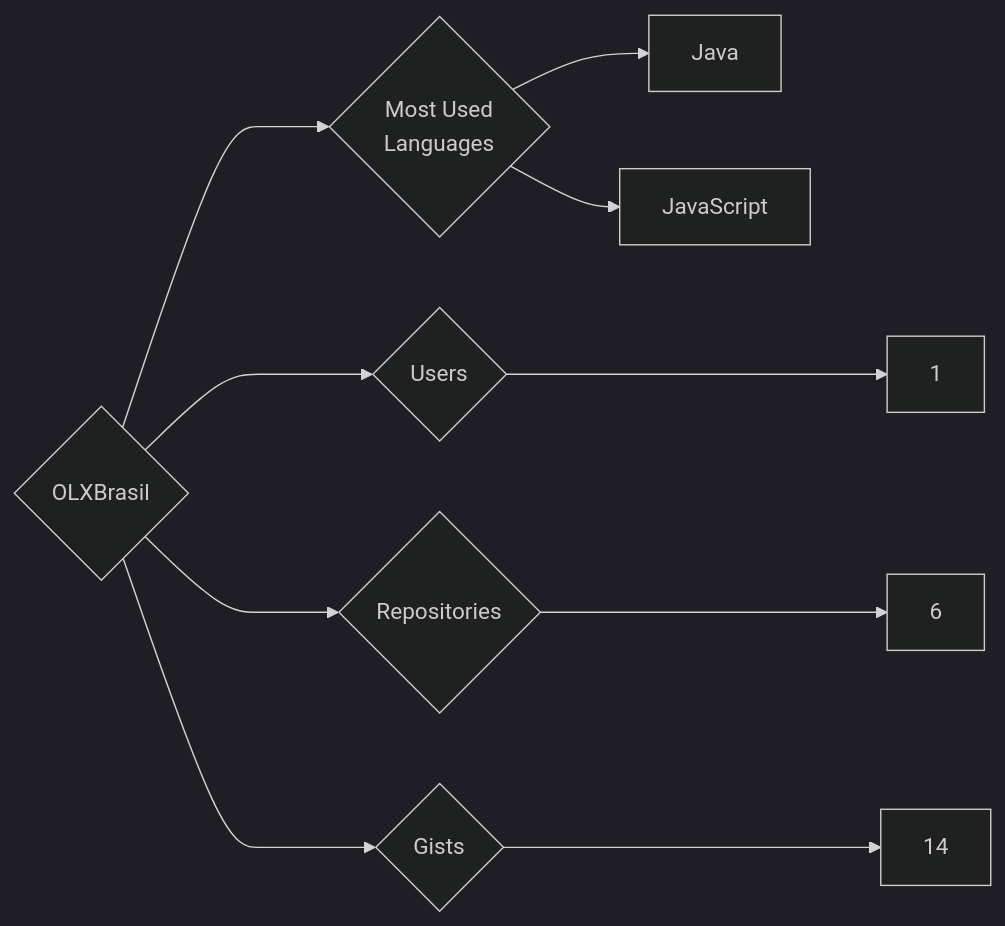
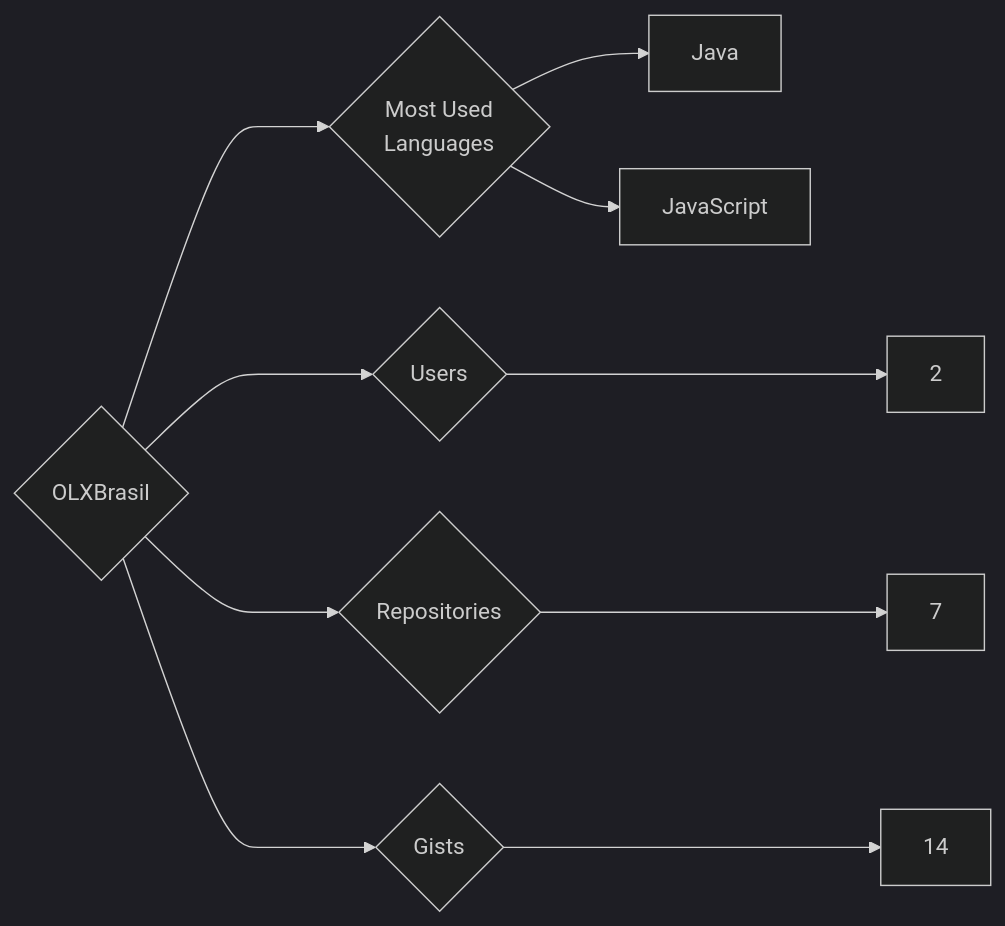
One commit to trickest/insiders changed the diagram in targets/OLXBrasil/README.md. Above: the diagram before and after it, drawn with Mermaid (dark theme). The commit also changed 1248 other files, not shown here.

````diff
--- a/targets/OLXBrasil/README.md
+++ b/targets/OLXBrasil/README.md
@@ -3,10 +3,10 @@
 ```mermaid
 graph LR
 COMPANY_NAME{OLXBrasil}
-COMPANY_NAME ---> U{Users} ---> UN[1]
-COMPANY_NAME ---> R{Repositories} ---> RN[6]
+COMPANY_NAME ---> U{Users} ---> UN[2]
+COMPANY_NAME ---> R{Repositories} ---> RN[7]
 COMPANY_NAME ---> G{Gists} ---> GN[14]
 COMPANY_NAME ---> ML{Most Used<br>Languages}
 ML --> Java[Java]
 ML --> JavaScript[JavaScript]
 ```
````
